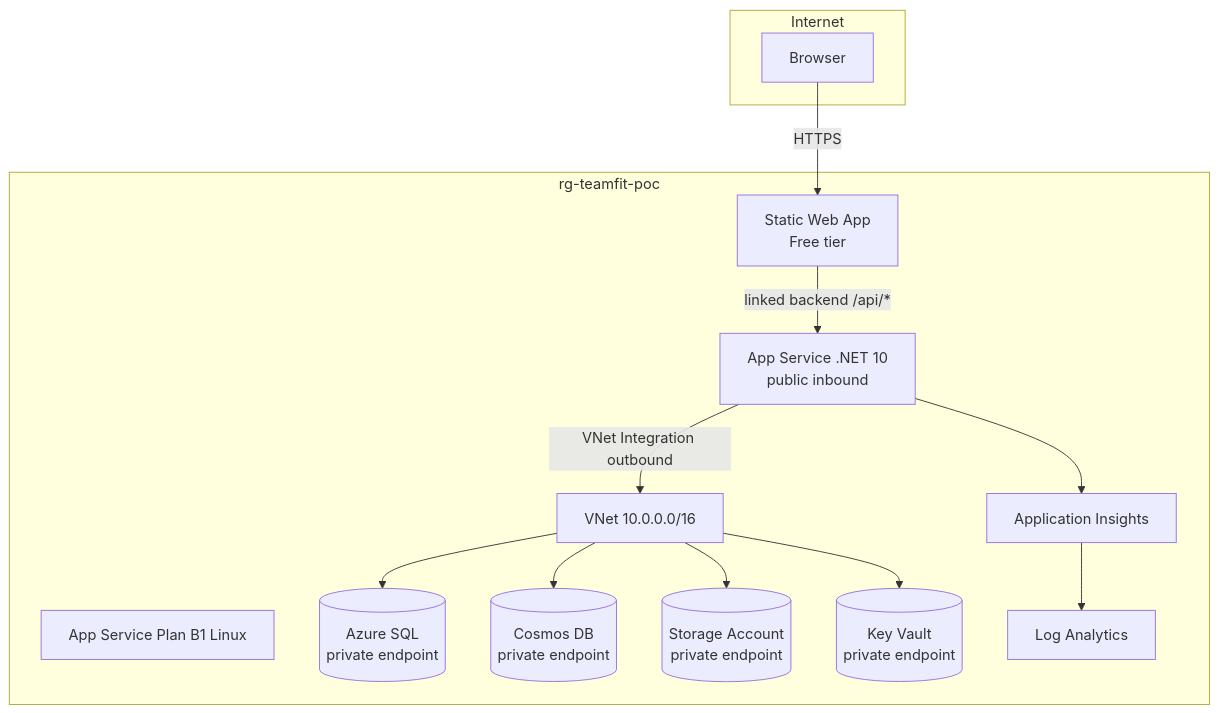
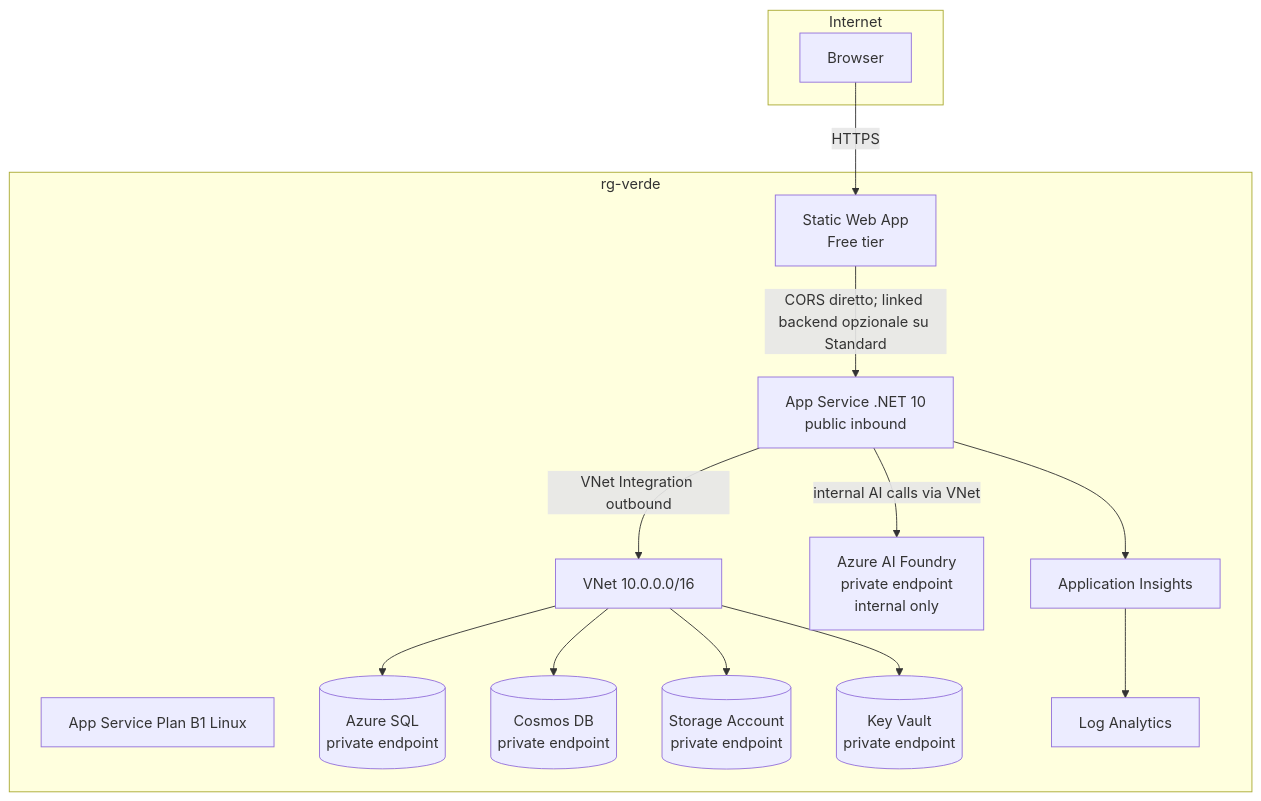
Before and after one commit to stefanopetriagic/TeamFit: the sixth of 7 diagrams in docs/architecture.md, drawn with Mermaid. The commit also changed other lines of this file and 25 other files, not shown here.

````diff
--- a/docs/architecture.md
+++ b/docs/architecture.md
@@ -107,28 +107,30 @@
 ```mermaid
 flowchart TB
   subgraph Internet
     User[Browser]
   end
 
-  subgraph RG[rg-teamfit-poc]
+  subgraph RG[rg-verde]
     SWA[Static Web App\nFree tier]
     Plan[App Service Plan B1 Linux]
     API[App Service .NET 10\npublic inbound]
     VNet[VNet 10.0.0.0/16]
     SQL[(Azure SQL\nprivate endpoint)]
     Cosmos[(Cosmos DB\nprivate endpoint)]
     ST[(Storage Account\nprivate endpoint)]
     KV[(Key Vault\nprivate endpoint)]
+    AOAI[Azure AI Foundry\nprivate endpoint\ninternal only]
     LAW[Log Analytics]
     APPI[Application Insights]
   end
 
   User -->|HTTPS| SWA
-  SWA -->|linked backend /api/*| API
+  SWA -->|CORS diretto; linked backend opzionale su Standard| API
   API -->|VNet Integration outbound| VNet
   VNet --> SQL
   VNet --> Cosmos
   VNet --> ST
   VNet --> KV
+  API -->|internal AI calls via VNet| AOAI
   API --> APPI --> LAW
 ```
````
